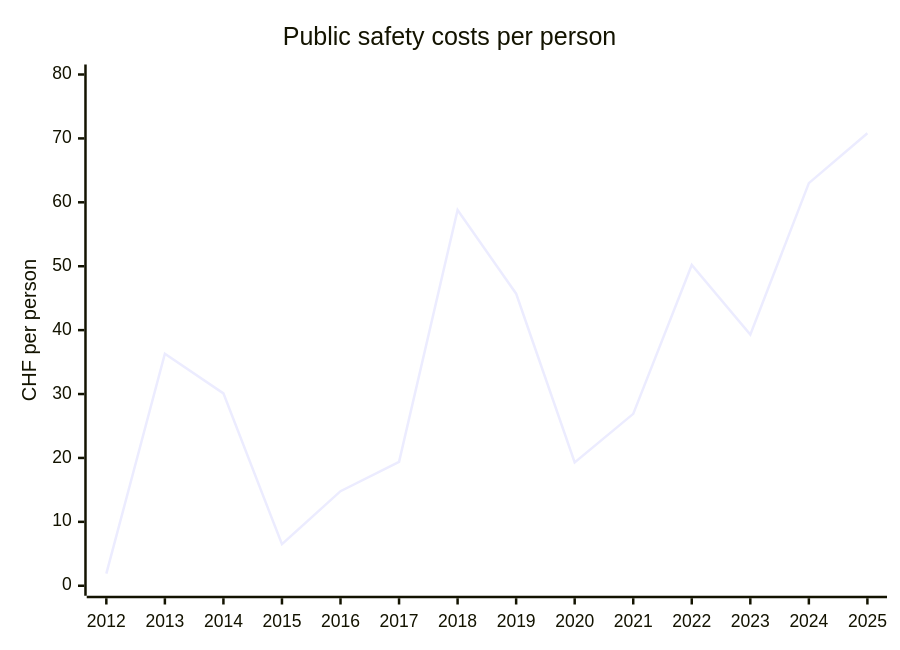
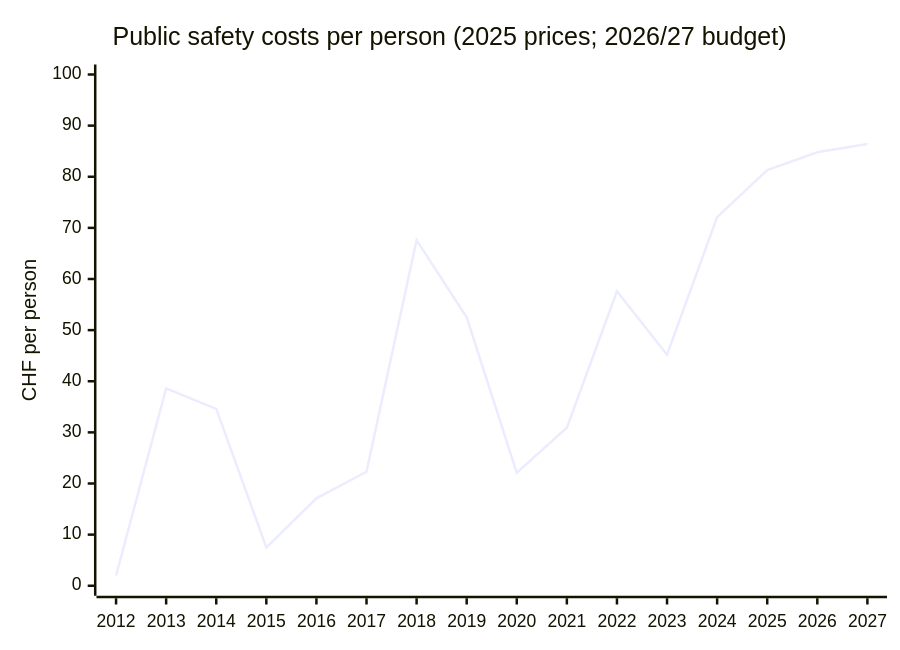
Before and after one commit to risajef/risajef.github.io: the sixth of 14 diagrams in docs/politik/finanzen-beringen.en.md, drawn with Mermaid. The commit also changed other lines of this file and 1 other file, not shown here.

````diff
--- a/docs/politik/finanzen-beringen.en.md
+++ b/docs/politik/finanzen-beringen.en.md
@@ -91,7 +116,7 @@
 ```mermaid
 xychart
-title "Public safety costs per person"
-x-axis [2012, 2013, 2014, 2015, 2016, 2017, 2018, 2019, 2020, 2021, 2022, 2023, 2024, 2025]
-y-axis "CHF per person" 0 --> 80
-line [1.9, 36.3, 30.1, 6.5, 14.8, 19.4, 58.8, 45.7, 19.3, 26.9, 50.2, 39.3, 63.0, 70.8]
+title "Public safety costs per person (2025 prices; 2026/27 budget)"
+x-axis [2012, 2013, 2014, 2015, 2016, 2017, 2018, 2019, 2020, 2021, 2022, 2023, 2024, 2025, 2026, 2027]
+y-axis "CHF per person" 0 --> 100
+line [2.0, 38.6, 34.6, 7.5, 17.1, 22.3, 67.6, 52.5, 22.1, 30.9, 57.6, 45.2, 72.1, 81.3, 84.8, 86.4]
 ```
````
